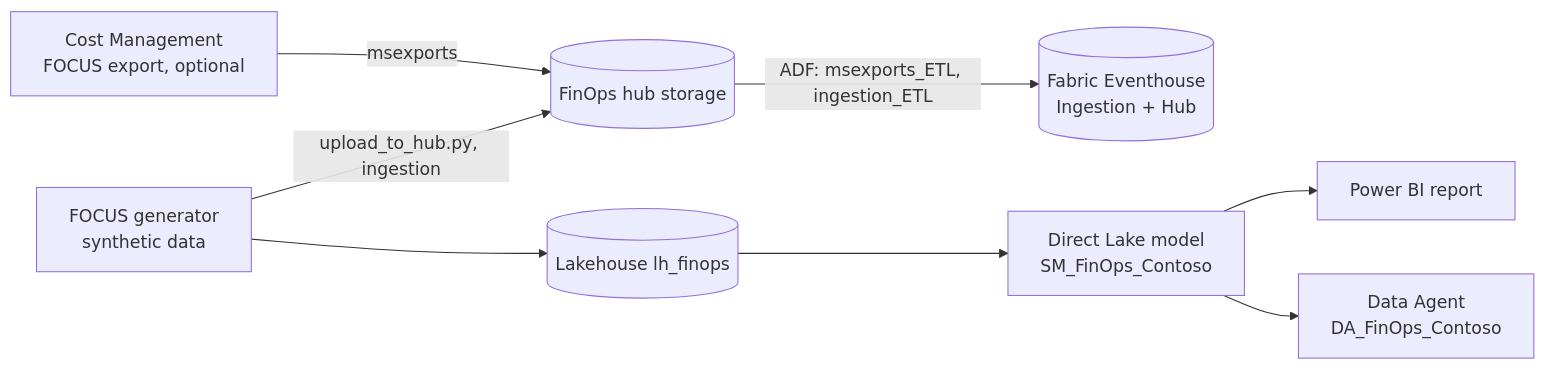
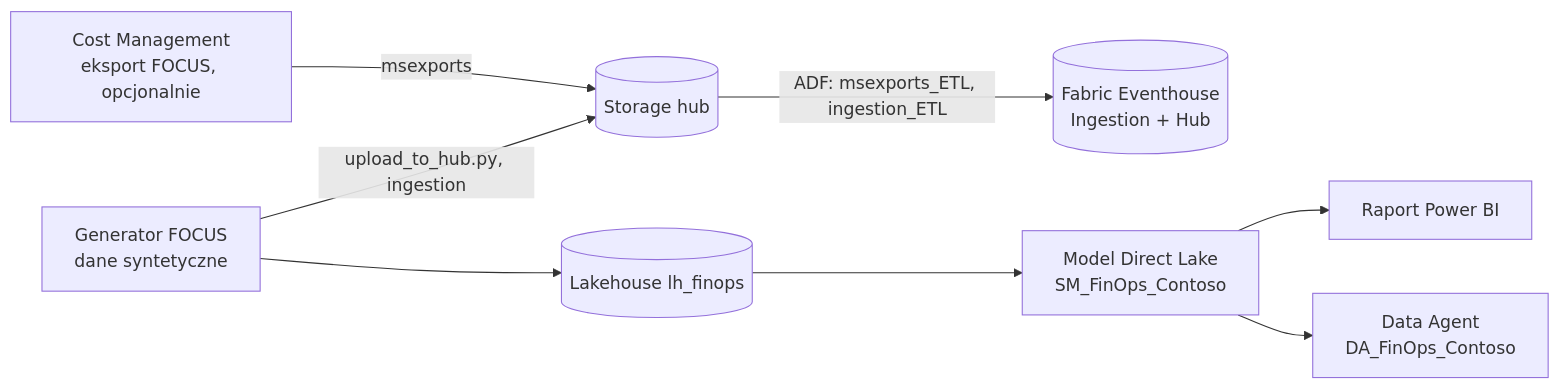
The diagram in README.md (llyen/fabric-finops-focus-demo), drawn with Mermaid before and after one commit. The commit also changed other lines of this file and 2 other files, not shown here.

````diff
--- a/README.md
+++ b/README.md
@@ -11,10 +40,10 @@
 ```mermaid
 flowchart LR
-  CM[Cost Management<br/>FOCUS export, optional] -->|msexports| ST[(FinOps hub storage)]
-  SYN[FOCUS generator<br/>synthetic data] -->|upload_to_hub.py, ingestion| ST
+  CM[Cost Management<br/>eksport FOCUS, opcjonalnie] -->|msexports| ST[(Storage hub)]
+  SYN[Generator FOCUS<br/>dane syntetyczne] -->|upload_to_hub.py, ingestion| ST
   ST -->|ADF: msexports_ETL, ingestion_ETL| EH[(Fabric Eventhouse<br/>Ingestion + Hub)]
   SYN --> LH[(Lakehouse lh_finops)]
-  LH --> SM[Direct Lake model<br/>SM_FinOps_Contoso]
-  SM --> R[Power BI report]
+  LH --> SM[Model Direct Lake<br/>SM_FinOps_Contoso]
+  SM --> R[Raport Power BI]
   SM --> DA[Data Agent<br/>DA_FinOps_Contoso]
 ```
````
